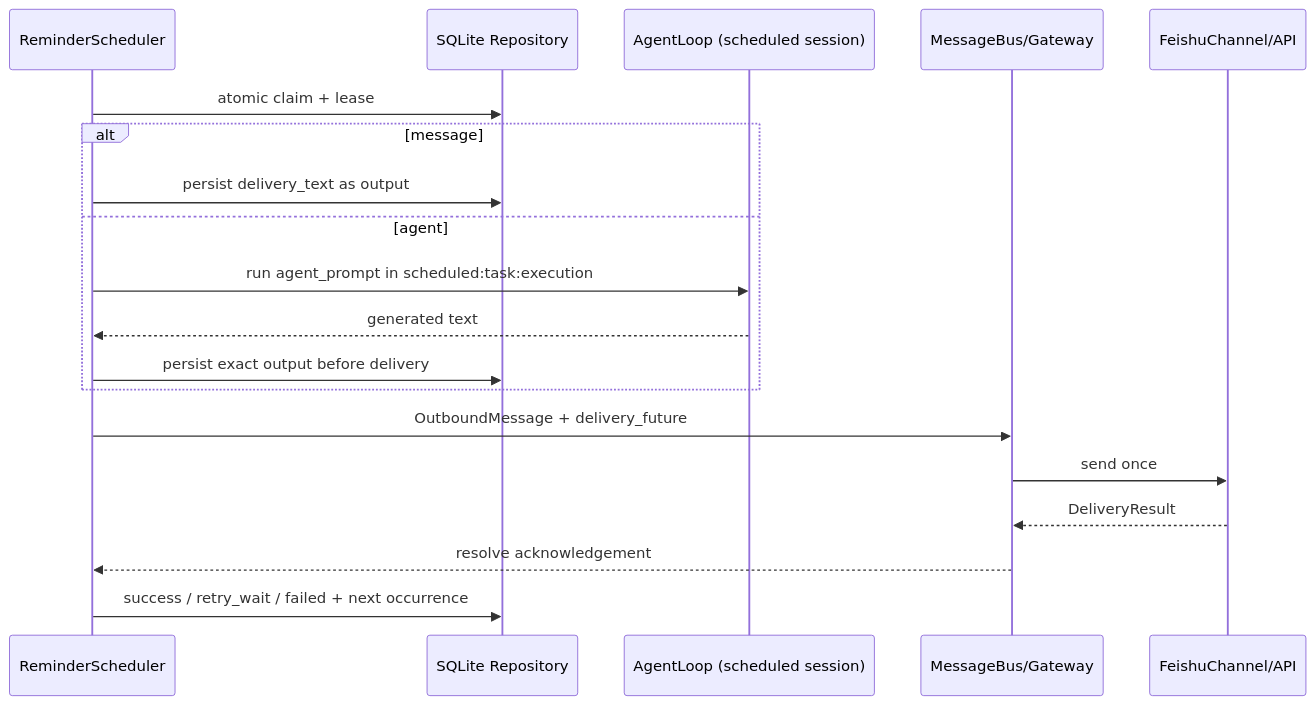
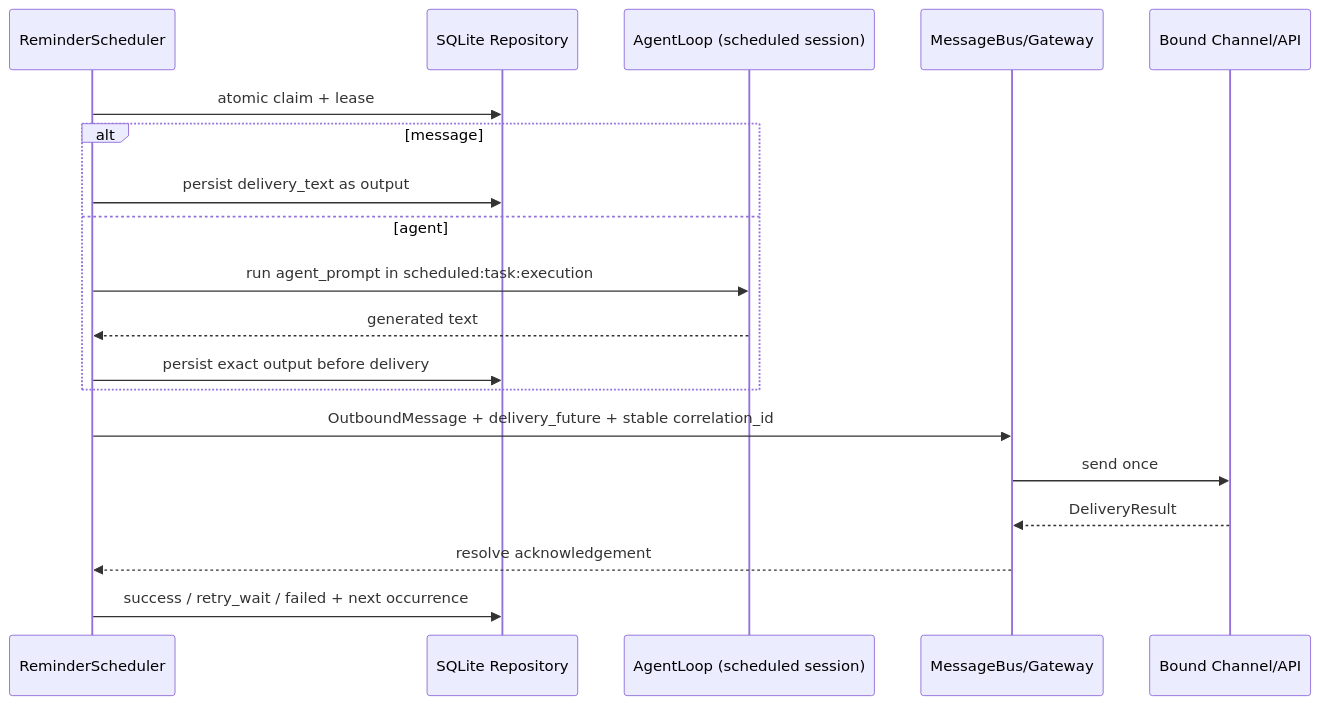
One commit to JefferyTG/nanoclaw changed the third of 3 diagrams in docs/ARCHITECTURE.md. Above: the diagram before and after it, drawn with Mermaid. The commit also changed other lines of this file and 17 other files, not shown here.

````diff
--- a/docs/ARCHITECTURE.md
+++ b/docs/ARCHITECTURE.md
@@ -247,21 +250,21 @@
 ```mermaid
 sequenceDiagram
     participant S as ReminderScheduler
     participant R as SQLite Repository
     participant A as AgentLoop (scheduled session)
     participant B as MessageBus/Gateway
-    participant F as FeishuChannel/API
+    participant C as Bound Channel/API
     S->>R: atomic claim + lease
     alt message
         S->>R: persist delivery_text as output
     else agent
         S->>A: run agent_prompt in scheduled:task:execution
         A-->>S: generated text
         S->>R: persist exact output before delivery
     end
-    S->>B: OutboundMessage + delivery_future
-    B->>F: send once
-    F-->>B: DeliveryResult
+    S->>B: OutboundMessage + delivery_future + stable correlation_id
+    B->>C: send once
+    C-->>B: DeliveryResult
     B-->>S: resolve acknowledgement
     S->>R: success / retry_wait / failed + next occurrence
 ```
````
